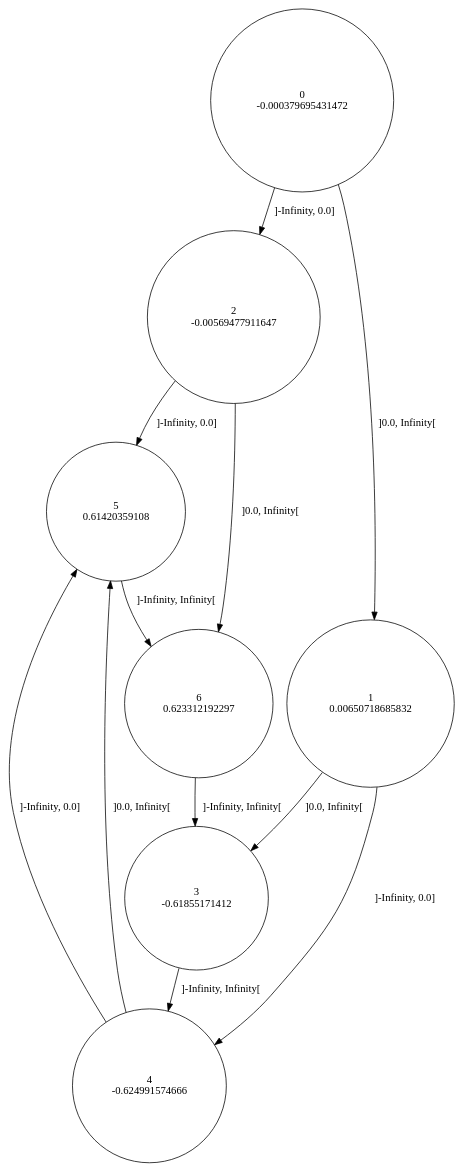
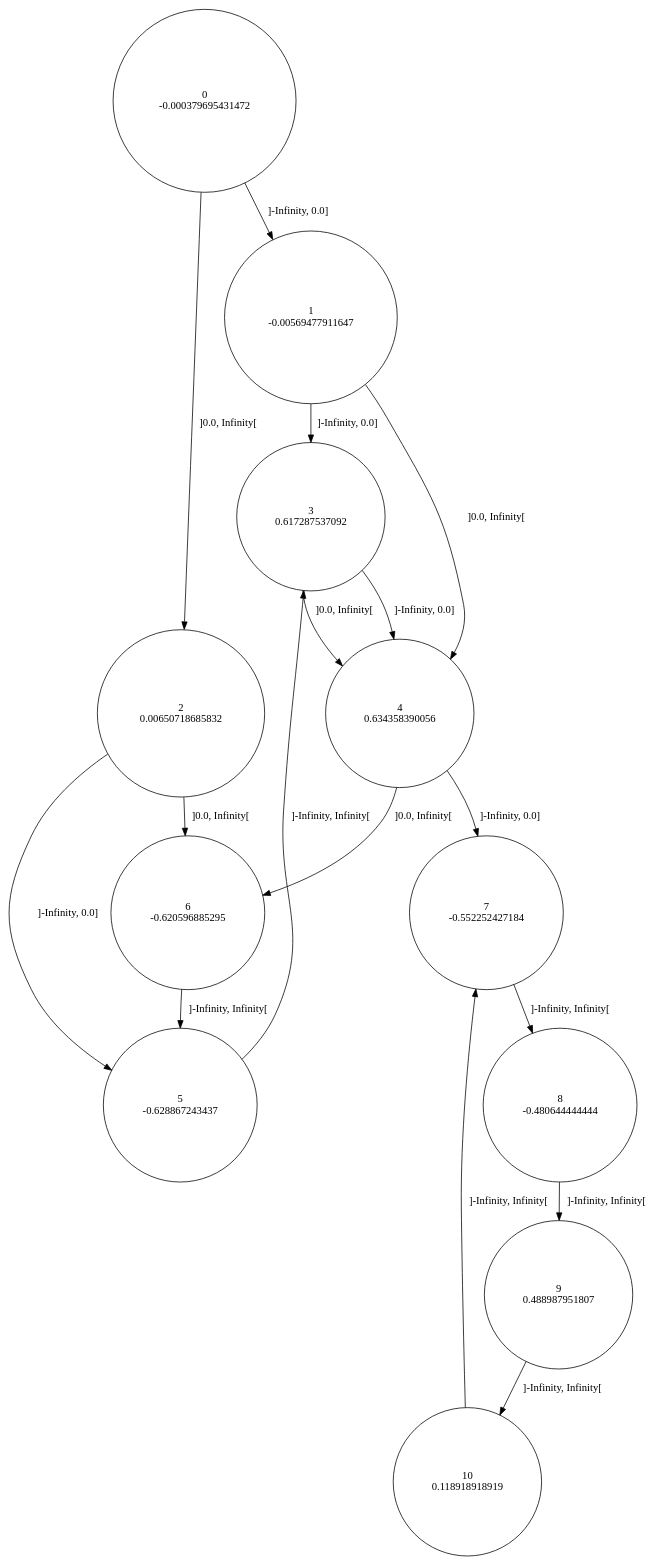
One commit to gllpellegrino/RAI_experiments changed the diagram in sinus/data/9/rtisy.dot. Above: the diagram before and after it, drawn with Graphviz. The commit also changed 168 other files, not shown here.

```diff
--- a/sinus/data/9/rtisy.dot
+++ b/sinus/data/9/rtisy.dot
@@ -1,20 +1,29 @@
 digraph a {
 0 [shape=circle, label="0\n-0.000379695431472"];
-	0 -> 2 [label="]-Infinity, 0.0]"];
-	0 -> 1 [label="]0.0, Infinity["];
-1 [shape=circle, label="1\n0.00650718685832"];
-	1 -> 4 [label="]-Infinity, 0.0]"];
-	1 -> 3 [label="]0.0, Infinity["];
-2 [shape=circle, label="2\n-0.00569477911647"];
+	0 -> 1 [label="]-Infinity, 0.0]"];
+	0 -> 2 [label="]0.0, Infinity["];
+1 [shape=circle, label="1\n-0.00569477911647"];
+	1 -> 3 [label="]-Infinity, 0.0]"];
+	1 -> 4 [label="]0.0, Infinity["];
+2 [shape=circle, label="2\n0.00650718685832"];
 	2 -> 5 [label="]-Infinity, 0.0]"];
 	2 -> 6 [label="]0.0, Infinity["];
-3 [shape=circle, label="3\n-0.61855171412"];
-	3 -> 4 [label="]-Infinity, Infinity["];
-4 [shape=circle, label="4\n-0.624991574666"];
-	4 -> 5 [label="]-Infinity, 0.0]"];
-	4 -> 5 [label="]0.0, Infinity["];
-5 [shape=circle, label="5\n0.61420359108"];
-	5 -> 6 [label="]-Infinity, Infinity["];
-6 [shape=circle, label="6\n0.623312192297"];
-	6 -> 3 [label="]-Infinity, Infinity["];
+3 [shape=circle, label="3\n0.617287537092"];
+	3 -> 4 [label="]-Infinity, 0.0]"];
+	3 -> 4 [label="]0.0, Infinity["];
+4 [shape=circle, label="4\n0.634358390056"];
+	4 -> 7 [label="]-Infinity, 0.0]"];
+	4 -> 6 [label="]0.0, Infinity["];
+5 [shape=circle, label="5\n-0.628867243437"];
+	5 -> 3 [label="]-Infinity, Infinity["];
+6 [shape=circle, label="6\n-0.620596885295"];
+	6 -> 5 [label="]-Infinity, Infinity["];
+7 [shape=circle, label="7\n-0.552252427184"];
+	7 -> 8 [label="]-Infinity, Infinity["];
+8 [shape=circle, label="8\n-0.480644444444"];
+	8 -> 9 [label="]-Infinity, Infinity["];
+9 [shape=circle, label="9\n0.488987951807"];
+	9 -> 10 [label="]-Infinity, Infinity["];
+10 [shape=circle, label="10\n0.118918918919"];
+	10 -> 7 [label="]-Infinity, Infinity["];
 }
```
